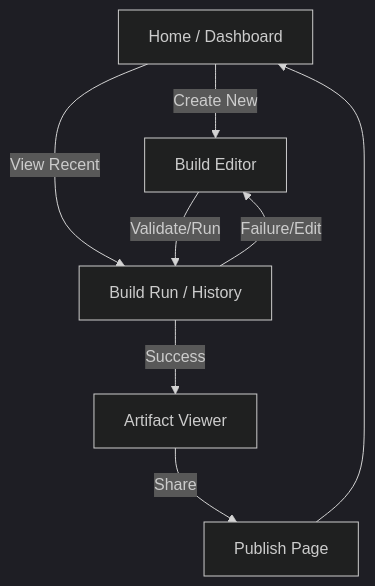
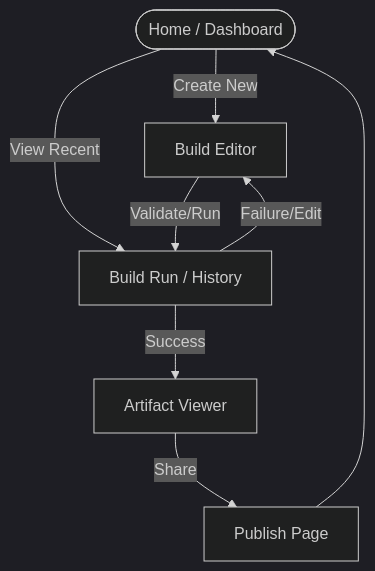
Before and after one commit to yeongseon/kpubdata-studio: the first of 3 diagrams in UI_SPEC.md, drawn with Mermaid (dark theme). The commit also changed 2 other files, not shown here.

Commit message:
docs: standardize procedural flowcharts with start/end terminators (#130)
Apply consistent flowchart conventions to the procedural (sequence/branch)
diagrams so they read as proper flowcharts: explicit start/end terminators
(stadium shape) and decision diamonds. Structural diagrams (layer/dependency
maps, file trees) are intentionally left unchanged.

- USER_FLOWS.md: error-recovery flow start/terminal terminators
- UI_SPEC.md: navigation flow start (hub) terminator
- API_CONTRACT.md: HTTP-status branch flow start/terminal terminators

Validated with mermaid-cli render and mkdocs build --strict (exit 0).

````diff
--- a/UI_SPEC.md
+++ b/UI_SPEC.md
@@ -5,10 +5,10 @@
 ```mermaid
 flowchart TD
-    Home["Home / Dashboard"] -->|Create New| Editor[Build Editor]
+    Home(["Home / Dashboard"]) -->|Create New| Editor[Build Editor]
     Home -->|View Recent| Run["Build Run / History"]
     Editor -->|Validate/Run| Run
     Run -->|Success| Artifacts[Artifact Viewer]
     Artifacts -->|Share| Publish[Publish Page]
     Run -->|Failure/Edit| Editor
     Publish --> Home
 ```
````
